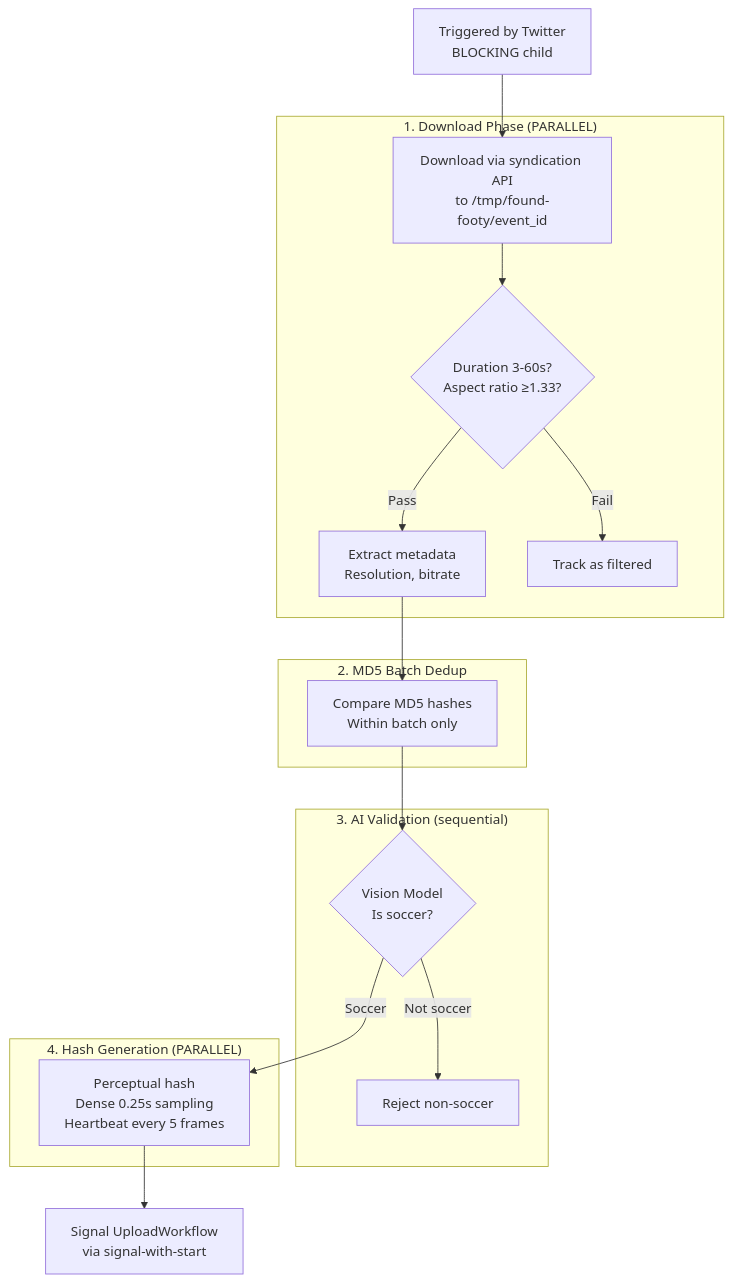
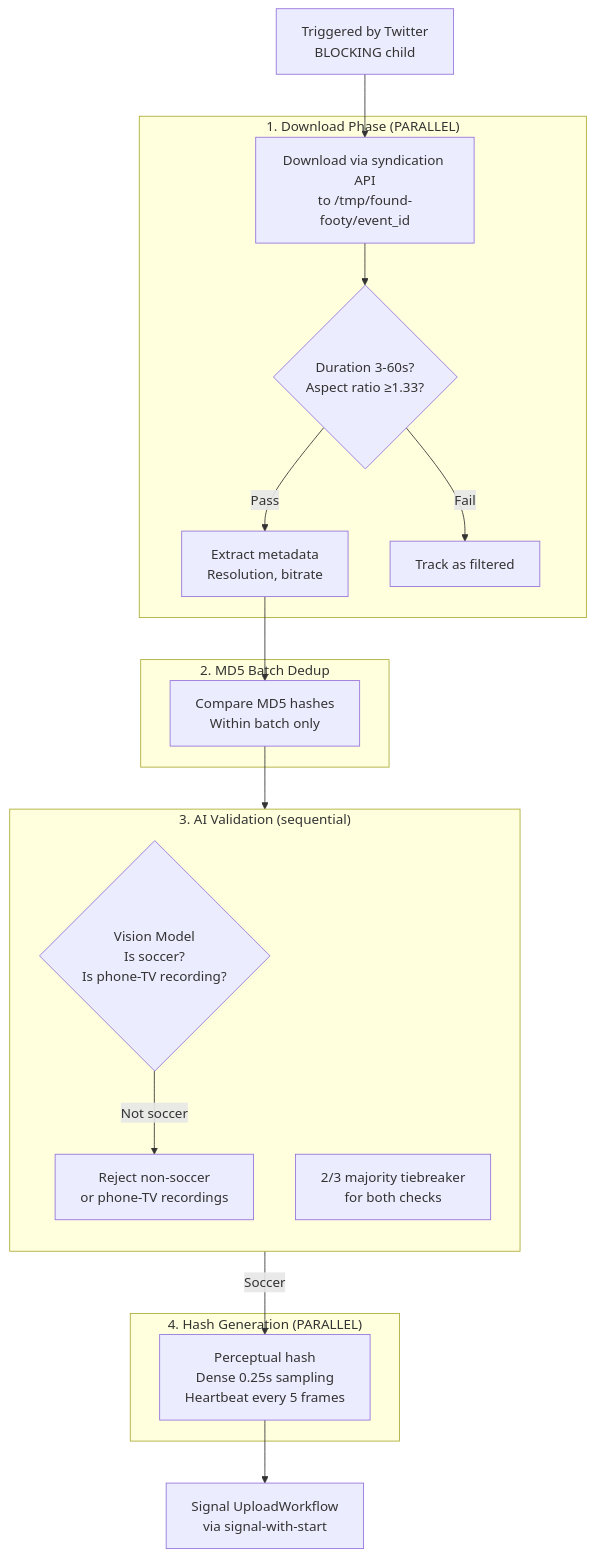
One commit to vedantadhobley/found-footy changed diagram 14 of 15 in README.md. Above: the diagram before and after it, drawn with Mermaid. The commit also changed 3 other files, not shown here.

First line of the commit message:
fix: AI validation uses 2/3 majority tiebreaker for screen detection

````diff
--- a/README.md
+++ b/README.md
@@ -713,35 +713,37 @@
 ```mermaid
 flowchart TB
     TRIGGER[Triggered by Twitter<br/>BLOCKING child]
     
     subgraph DOWNLOAD["1. Download Phase (PARALLEL)"]
         DL[Download via syndication API<br/>to /tmp/found-footy/event_id]
         FILTER{Duration 3-60s?<br/>Aspect ratio ≥1.33?}
         META[Extract metadata<br/>Resolution, bitrate]
         FILTERED[Track as filtered]
     end
     
     subgraph DEDUP1["2. MD5 Batch Dedup"]
         MD5[Compare MD5 hashes<br/>Within batch only]
     end
     
     subgraph VALIDATE["3. AI Validation (sequential)"]
-        AI{Vision Model<br/>Is soccer?}
-        REJECT[Reject non-soccer]
+        AI{Vision Model<br/>Is soccer?<br/>Is phone-TV recording?}
+        REJECT[Reject non-soccer<br/>or phone-TV recordings]
+        direction TB
+        NOTE[2/3 majority tiebreaker<br/>for both checks]
     end
     
     subgraph HASH["4. Hash Generation (PARALLEL)"]
         PHASH[Perceptual hash<br/>Dense 0.25s sampling<br/>Heartbeat every 5 frames]
     end
     
     UPLOAD[Signal UploadWorkflow<br/>via signal-with-start]
     
     TRIGGER --> DL
     DL --> FILTER
     FILTER -->|Pass| META --> MD5
     FILTER -->|Fail| FILTERED
     MD5 --> AI
     AI -->|Soccer| PHASH
     AI -->|Not soccer| REJECT
     PHASH --> UPLOAD
 ```
````
